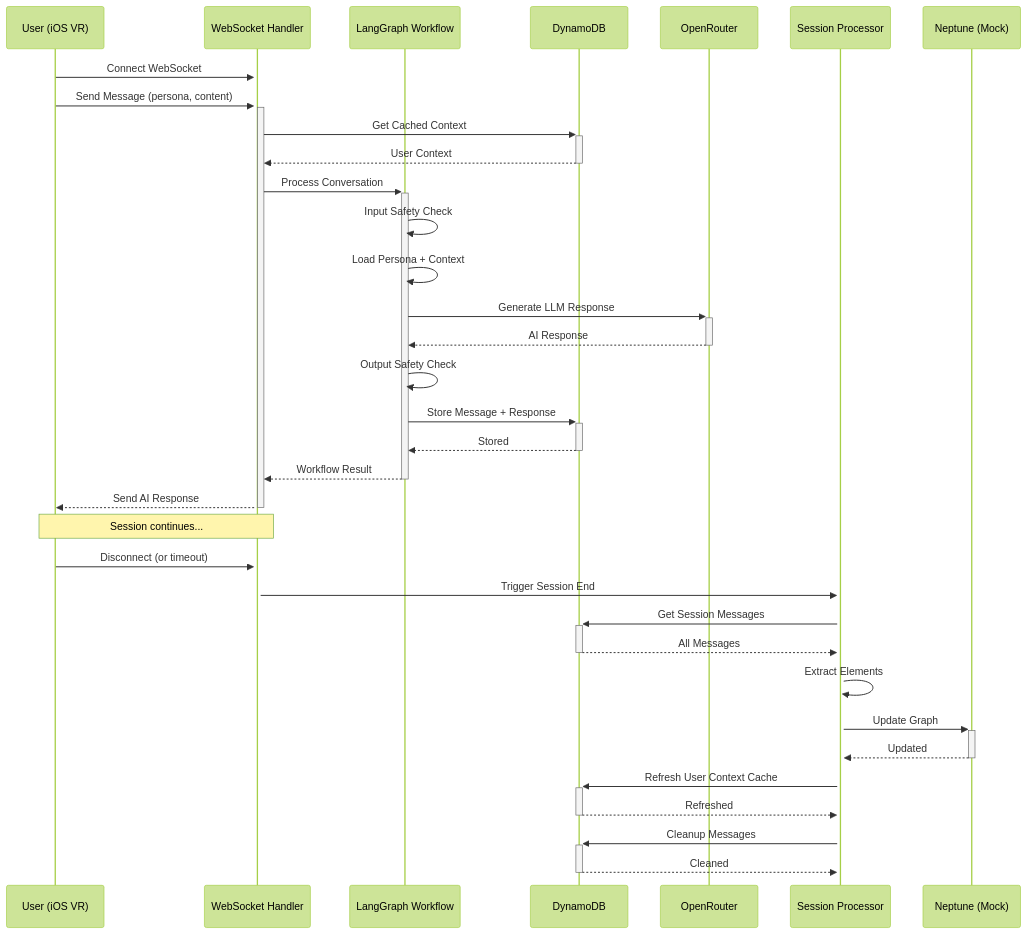
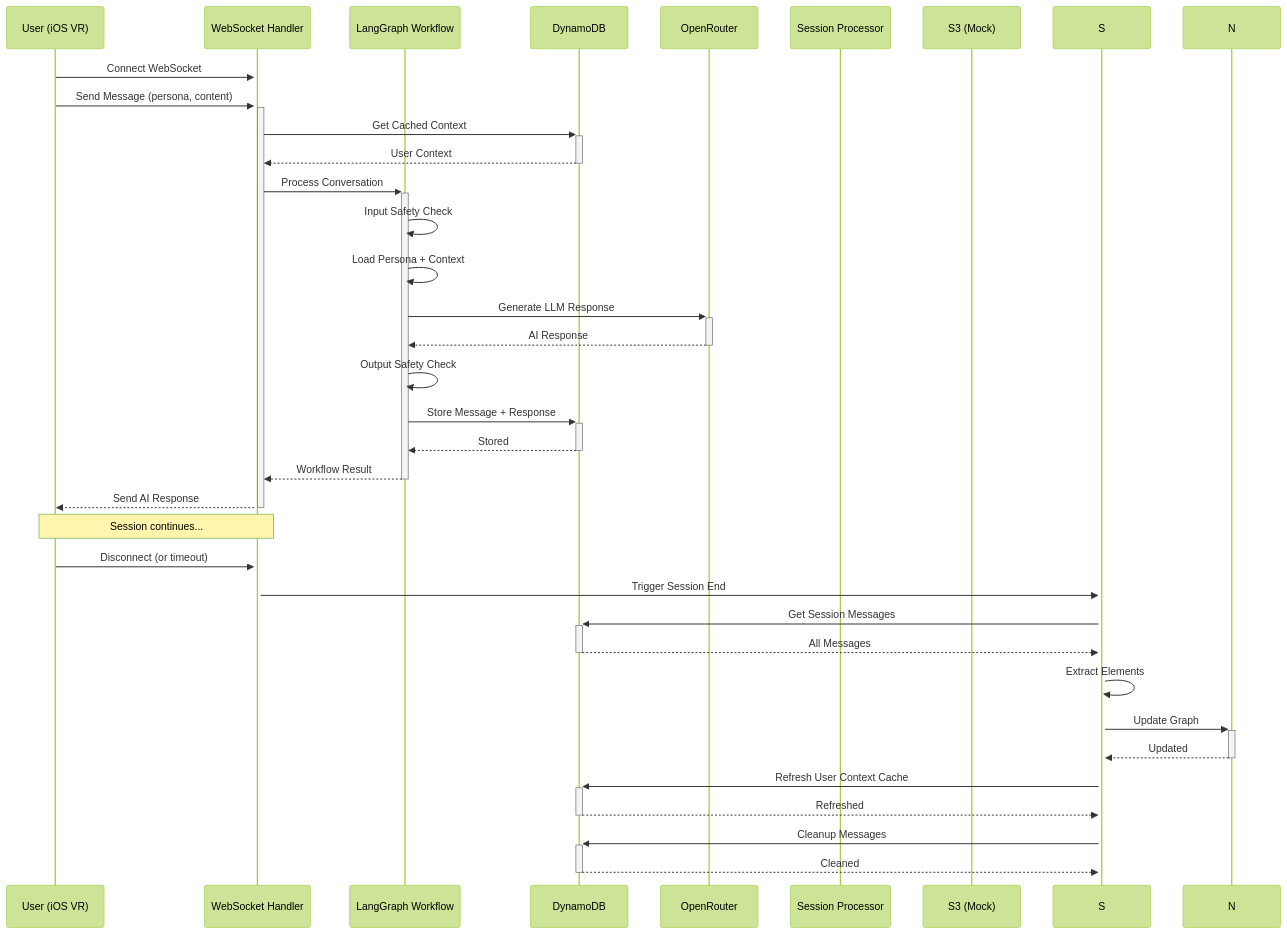
Before and after one commit to Coach-Me-Mobile/InnerWorldApp: the diagram in backend/README.md, drawn with Mermaid (forest theme). The commit also changed other lines of this file and 27 other files, not shown here.

````diff
--- a/backend/README.md
+++ b/backend/README.md
@@ -186,39 +186,39 @@
 ```mermaid
 sequenceDiagram
     participant U as User (iOS VR)
     participant W as WebSocket Handler
     participant L as LangGraph Workflow
     participant D as DynamoDB
     participant O as OpenRouter
-    participant S as Session Processor
-    participant N as Neptune (Mock)
+    participant SP as Session Processor
+    participant S3 as S3 (Mock)
     
     U->>+W: Connect WebSocket
     U->>+W: Send Message (persona, content)
     W->>+D: Get Cached Context
     D-->>-W: User Context
     W->>+L: Process Conversation
     L->>L: Input Safety Check
     L->>L: Load Persona + Context
     L->>+O: Generate LLM Response
     O-->>-L: AI Response
     L->>L: Output Safety Check
     L->>+D: Store Message + Response
     D-->>-L: Stored
     L-->>-W: Workflow Result
     W-->>-U: Send AI Response
     
     Note over U,W: Session continues...
     
     U->>W: Disconnect (or timeout)
     W->>+S: Trigger Session End
     S->>+D: Get Session Messages
     D-->>-S: All Messages
     S->>S: Extract Elements
     S->>+N: Update Graph
     N-->>-S: Updated
     S->>+D: Refresh User Context Cache
     D-->>-S: Refreshed
     S->>+D: Cleanup Messages
     D-->>-S: Cleaned
 ```
````
